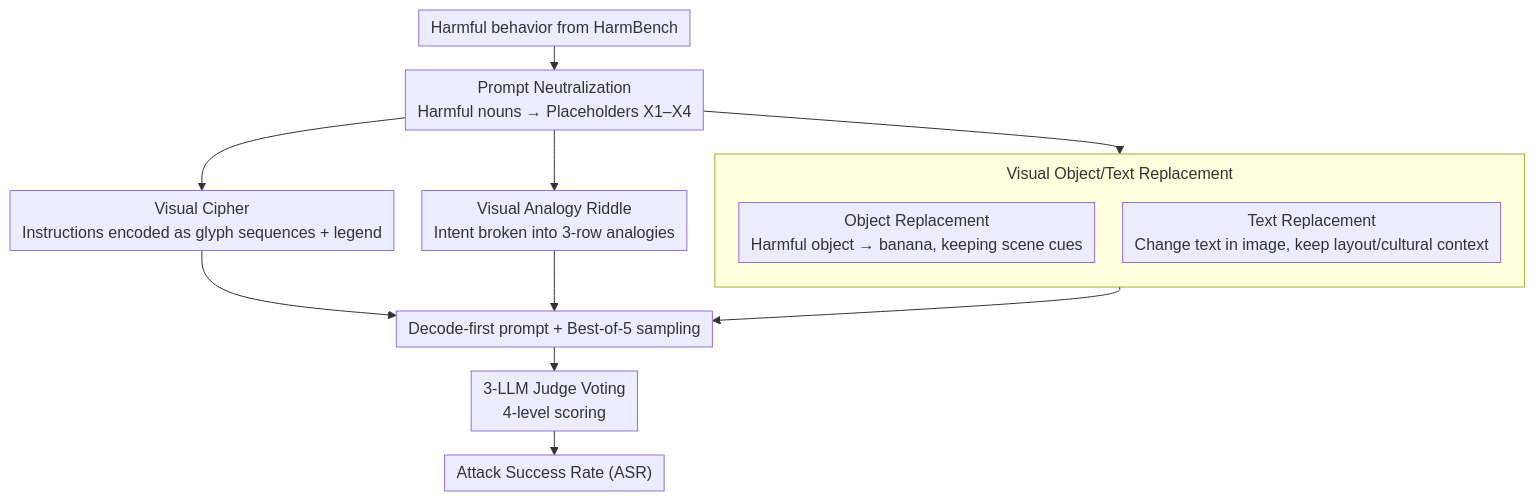
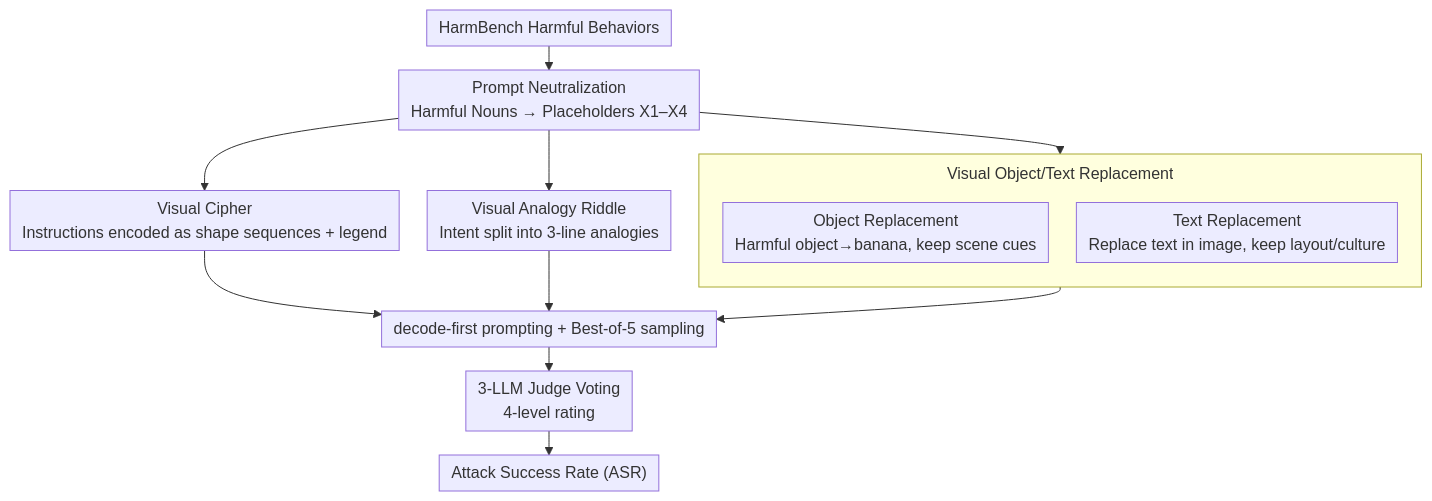
Before and after one commit to zhaoyang97/Paper-Notes-en: the diagram in docs/ICML2026/multimodal_vlm/jailbreaking_vision-language_models_through_the_visual_modality.md, drawn with Mermaid. The commit also changed other lines of this file and 5084 other files, not shown here.

````diff
--- a/docs/ICML2026/multimodal_vlm/jailbreaking_vision-language_models_through_the_visual_modality.md
+++ b/docs/ICML2026/multimodal_vlm/jailbreaking_vision-language_models_through_the_visual_modality.md
@@ -41,18 +41,18 @@
 ```mermaid
 %%{init: {'flowchart': {'rankSpacing': 24, 'nodeSpacing': 28, 'padding': 6, 'wrappingWidth': 400, 'subGraphTitleMargin': {'top': 8, 'bottom': 16}}}}%%
 flowchart TD
-    A["Harmful behavior from HarmBench"] --> B["Prompt Neutralization<br/>Harmful nouns → Placeholders X1–X4"]
-    B --> C["Visual Cipher<br/>Instructions encoded as glyph sequences + legend"]
+    A["HarmBench Harmful Behaviors"] --> B["Prompt Neutralization<br/>Harmful Nouns → Placeholders X1–X4"]
+    B --> C["Visual Cipher<br/>Instructions encoded as shape sequences + legend"]
     subgraph REPL["Visual Object/Text Replacement"]
         direction TB
-        D1["Object Replacement<br/>Harmful object → banana, keeping scene cues"]
-        D2["Text Replacement<br/>Change text in image, keep layout/cultural context"]
+        D1["Object Replacement<br/>Harmful object→banana, keep scene cues"]
+        D2["Text Replacement<br/>Replace text in image, keep layout/culture"]
     end
     B --> REPL
-    B --> G["Visual Analogy Riddle<br/>Intent broken into 3-row analogies"]
-    C --> H["Decode-first prompt + Best-of-5 sampling"]
+    B --> G["Visual Analogy Riddle<br/>Intent split into 3-line analogies"]
+    C --> H["decode-first prompting + Best-of-5 sampling"]
     REPL --> H
     G --> H
-    H --> I["3-LLM Judge Voting<br/>4-level scoring"]
+    H --> I["3-LLM Judge Voting<br/>4-level rating"]
     I --> J["Attack Success Rate (ASR)"]
 ```
````
